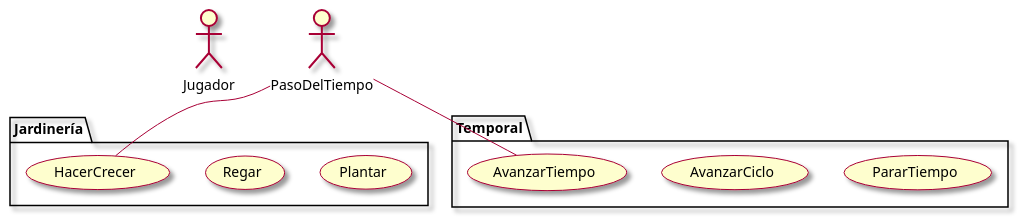
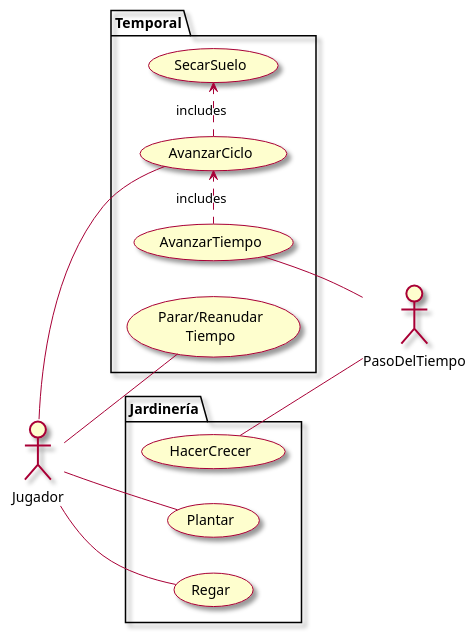
The diagram in Plants/UseCases.puml (RicardoGuzmanVelasco/Learning), drawn with PlantUML before and after one commit. The commit also changed 4 other files, not shown here.

```diff
--- a/Plants/UseCases.puml
+++ b/Plants/UseCases.puml
@@ -1,22 +1,31 @@
 @startuml
 skin rose
+left to right direction 
 
 actor Jugador
 actor PasoDelTiempo
-
 
 package Jardinería{
 usecase Plantar
 usecase Regar
 usecase HacerCrecer
 }
 package Temporal{
-usecase PararTiempo
+usecase "Parar/Reanudar\nTiempo" as PararTiempo
 usecase AvanzarCiclo
+usecase SecarSuelo
 usecase AvanzarTiempo
 }
 
-PasoDelTiempo -- HacerCrecer
-PasoDelTiempo -- AvanzarTiempo
+AvanzarCiclo .> SecarSuelo : includes
+AvanzarTiempo .> AvanzarCiclo : includes
+
+PasoDelTiempo -u- HacerCrecer
+PasoDelTiempo -u- AvanzarTiempo
+
+Jugador -- Plantar
+Jugador -- Regar
+Jugador -- PararTiempo
+Jugador -- AvanzarCiclo
 
 @enduml
```
